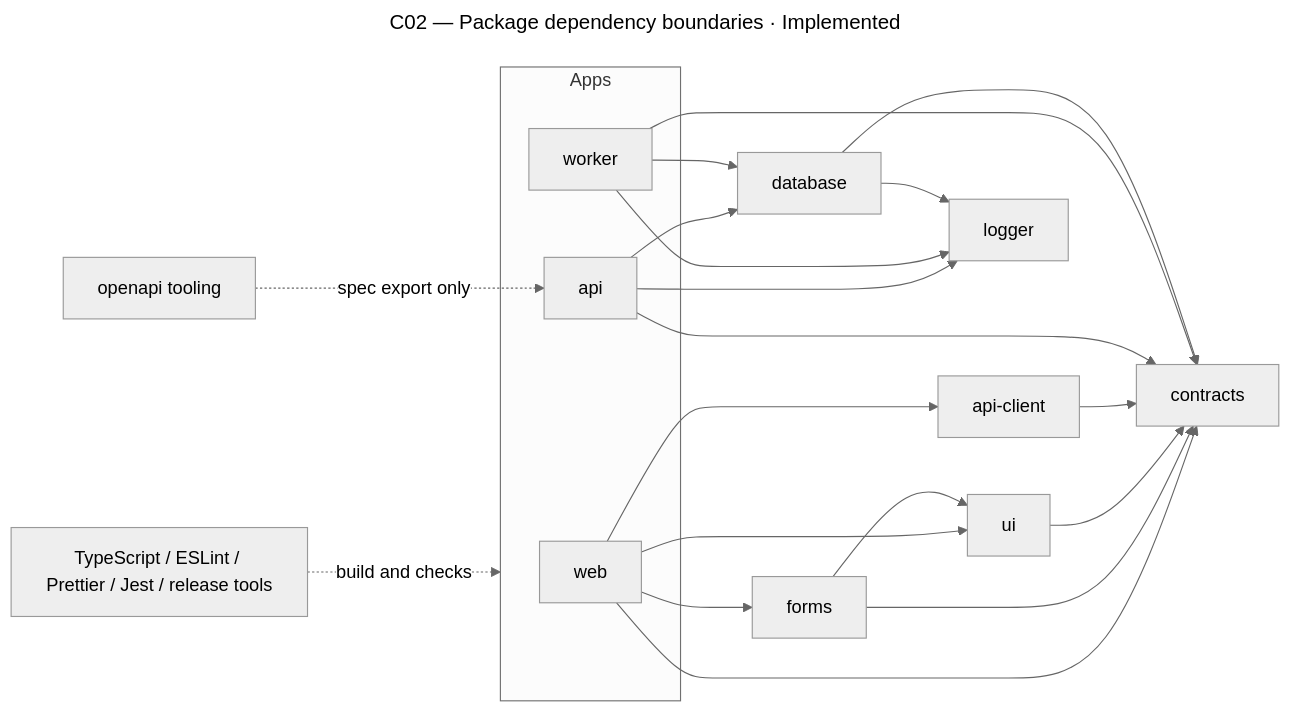
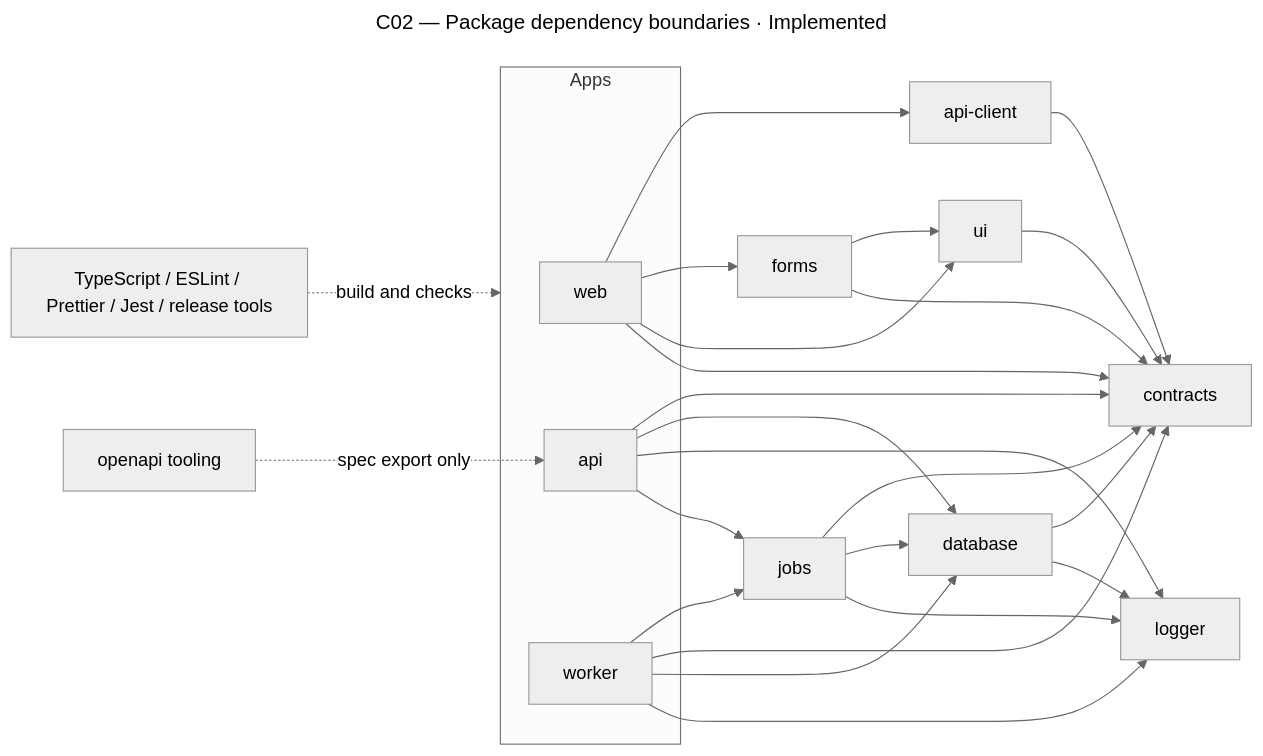
Before and after one commit to ashvir99260/flowboard: the diagram in docs/diagrams/sources/c02-package-dependency-boundaries.mmd, drawn with Mermaid (neutral theme). The commit also changed 42 other files, not shown here.

Commit message:
docs: reconcile architecture with deployed services

```diff
--- a/docs/diagrams/sources/c02-package-dependency-boundaries.mmd
+++ b/docs/diagrams/sources/c02-package-dependency-boundaries.mmd
@@ -1,27 +1,32 @@
 ---
 title: "C02 — Package dependency boundaries · Implemented"
 ---
 flowchart LR
   subgraph Apps
     Web[web]
     API[api]
     Worker[worker]
   end
   Web --> Client[api-client]
   Web --> Forms[forms]
   Web --> UI[ui]
   Web --> Contracts[contracts]
   Forms --> UI
   Forms --> Contracts
   UI --> Contracts
   Client --> Contracts
   API --> Contracts
   API --> Database[database]
   API --> Logger[logger]
+  API --> Jobs[jobs]
+  Worker --> Jobs
+  Jobs --> Contracts
+  Jobs --> Database
+  Jobs --> Logger
   Worker --> Contracts
   Worker --> Database
   Worker --> Logger
   Database --> Contracts
   Database --> Logger
   OpenAPI[openapi tooling] -. spec export only .-> API
   Tooling[TypeScript / ESLint / Prettier / Jest / release tools] -. build and checks .-> Apps
```
